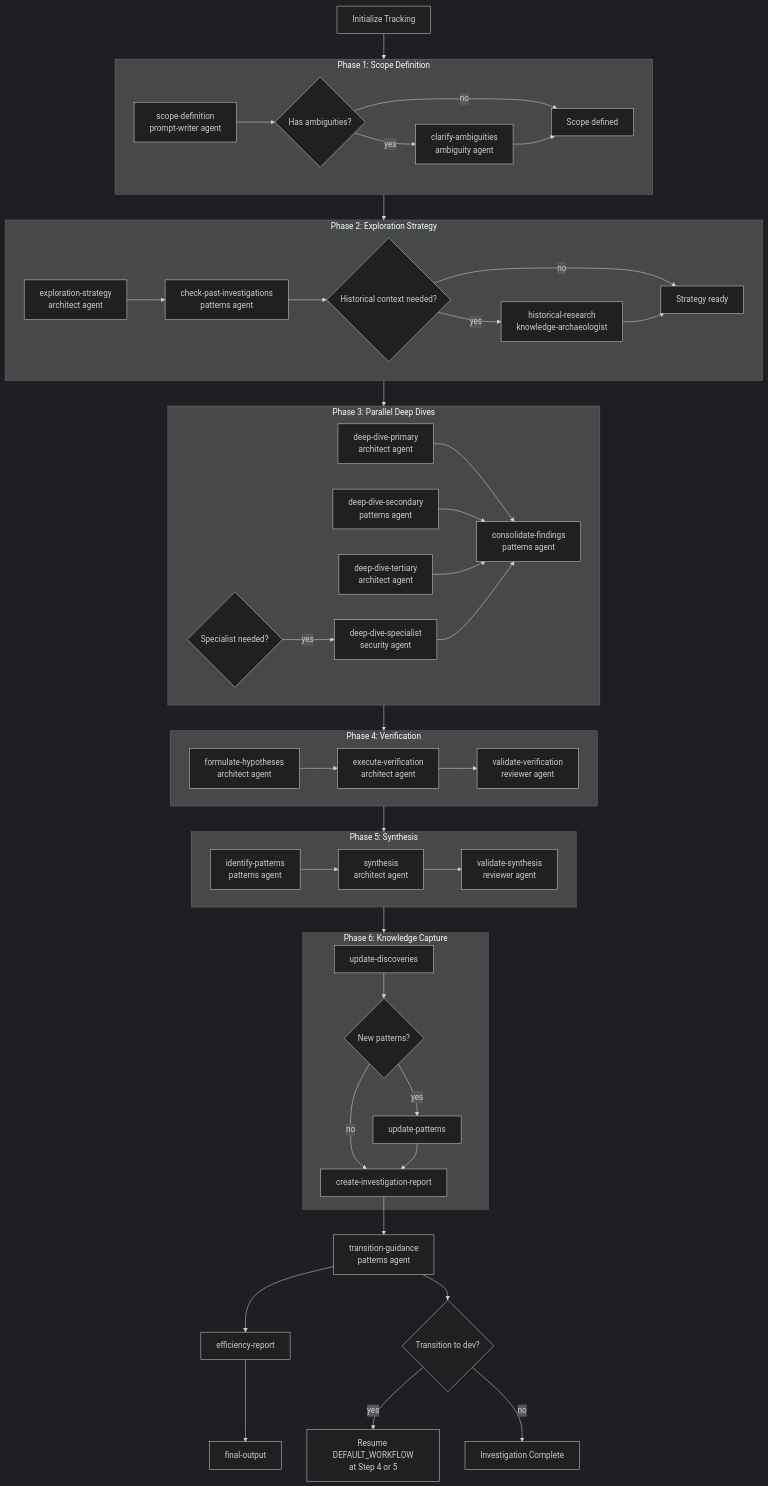
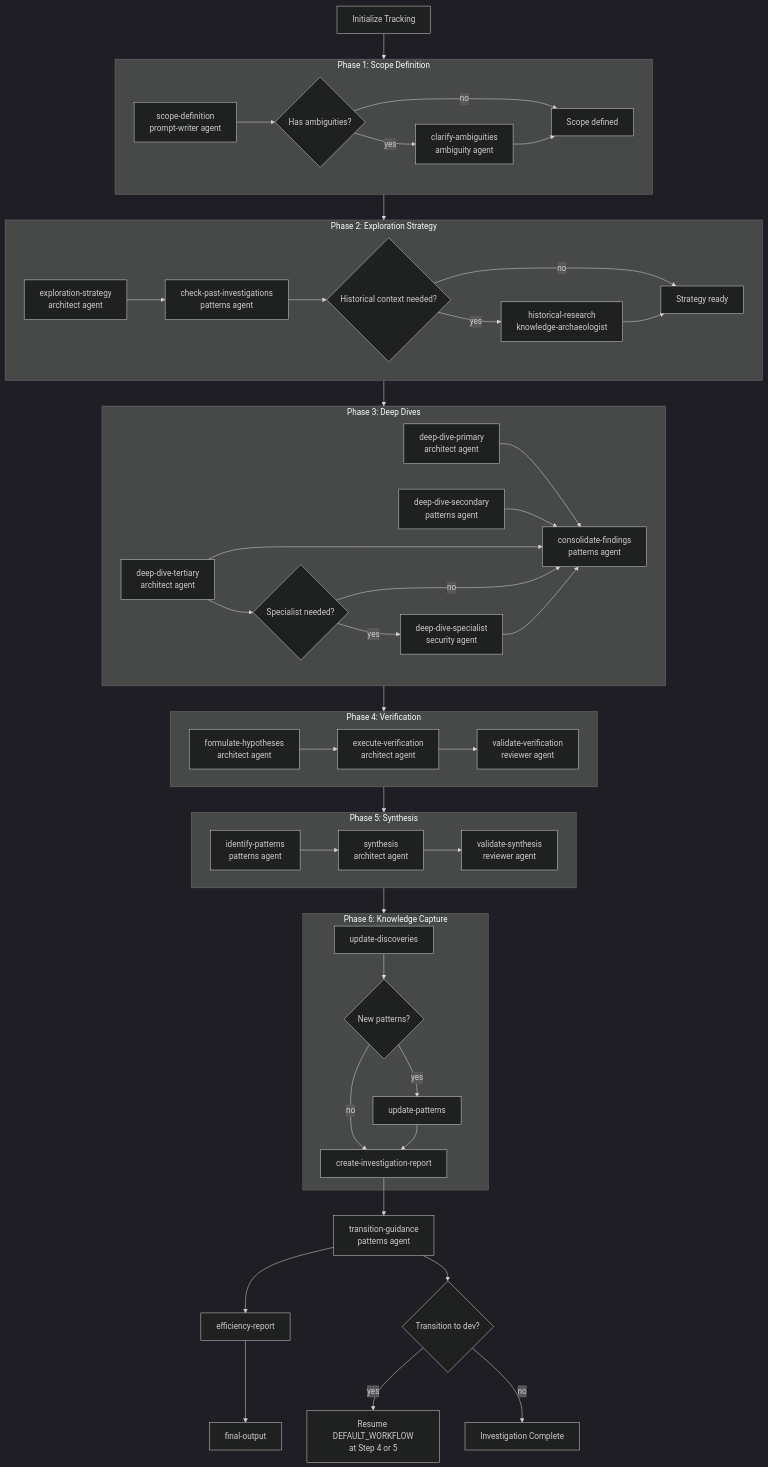
The diagram in .claude/skills/investigation-workflow/SKILL.md (rysweet/amplihack), drawn with Mermaid (dark theme) before and after one commit. The commit also changed 3 other files, not shown here.

````diff
--- a/.claude/skills/investigation-workflow/SKILL.md
+++ b/.claude/skills/investigation-workflow/SKILL.md
@@ -29,56 +29,56 @@
 ```mermaid
 flowchart TD
     INIT[Initialize Tracking] --> P1
 
     subgraph P1["Phase 1: Scope Definition"]
         SCOPE[scope-definition<br/>prompt-writer agent] --> AMB{Has ambiguities?}
         AMB -->|yes| CLARIFY[clarify-ambiguities<br/>ambiguity agent]
         AMB -->|no| P1_OUT[Scope defined]
         CLARIFY --> P1_OUT
     end
 
     subgraph P2["Phase 2: Exploration Strategy"]
         STRAT[exploration-strategy<br/>architect agent] --> PAST[check-past-investigations<br/>patterns agent]
         PAST --> HIST{Historical context needed?}
         HIST -->|yes| ARCH[historical-research<br/>knowledge-archaeologist]
         HIST -->|no| P2_OUT[Strategy ready]
         ARCH --> P2_OUT
     end
 
-    subgraph P3["Phase 3: Parallel Deep Dives"]
-        DD1[deep-dive-primary<br/>architect agent]
-        DD2[deep-dive-secondary<br/>patterns agent]
-        DD3[deep-dive-tertiary<br/>architect agent]
-        DD4{Specialist needed?}
+    subgraph P3["Phase 3: Deep Dives"]
+        DD1[deep-dive-primary<br/>architect agent] --> CONSOL[consolidate-findings<br/>patterns agent]
+        DD2[deep-dive-secondary<br/>patterns agent] --> CONSOL
+        DD3[deep-dive-tertiary<br/>architect agent] --> CONSOL
+        DD3 --> DD4{Specialist needed?}
         DD4 -->|yes| DDS[deep-dive-specialist<br/>security agent]
-        DD1 & DD2 & DD3 --> CONSOL[consolidate-findings<br/>patterns agent]
+        DD4 -->|no| CONSOL
         DDS --> CONSOL
     end
 
     subgraph P4["Phase 4: Verification"]
         HYP[formulate-hypotheses<br/>architect agent] --> EXEC[execute-verification<br/>architect agent]
         EXEC --> VAL[validate-verification<br/>reviewer agent]
     end
 
     subgraph P5["Phase 5: Synthesis"]
         PAT[identify-patterns<br/>patterns agent] --> SYN[synthesis<br/>architect agent]
         SYN --> VSYN[validate-synthesis<br/>reviewer agent]
     end
 
     subgraph P6["Phase 6: Knowledge Capture"]
         DISC[update-discoveries] --> PATN{New patterns?}
         PATN -->|yes| UPAT[update-patterns]
         PATN -->|no| RPT[create-investigation-report]
         UPAT --> RPT
     end
 
     P1 --> P2 --> P3 --> P4 --> P5 --> P6
 
     RPT --> TRANS[transition-guidance<br/>patterns agent]
     TRANS --> EFF[efficiency-report]
     EFF --> FINAL[final-output]
 
     TRANS --> TDEV{Transition to dev?}
     TDEV -->|yes| DW[Resume DEFAULT_WORKFLOW<br/>at Step 4 or 5]
     TDEV -->|no| DONE[Investigation Complete]
 ```
````
